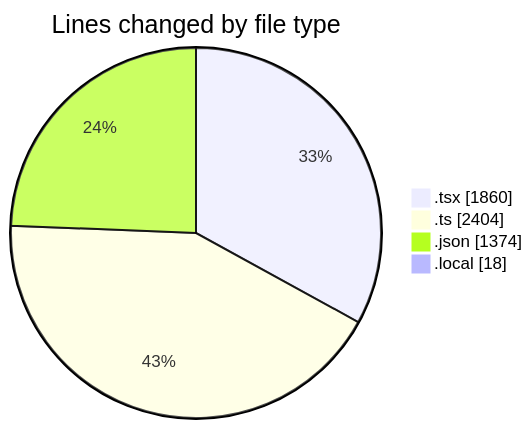
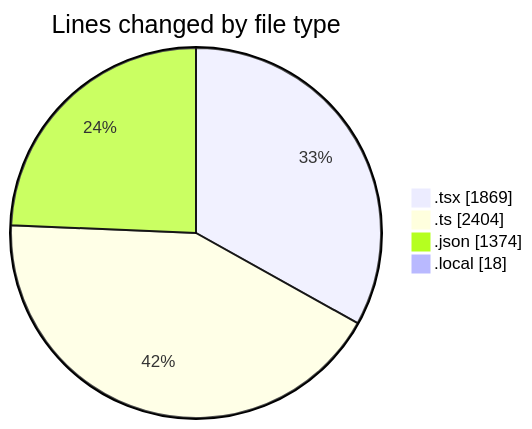
One commit to julien-gomy/code-tracking changed the first of 2 diagrams in 2025-10-16/eventscop-frontend-guide__workspace_/README.md. Above: the diagram before and after it, drawn with Mermaid. The commit also changed other lines of this file and 1 other file, not shown here.

````diff
--- a/2025-10-16/eventscop-frontend-guide__workspace_/README.md
+++ b/2025-10-16/eventscop-frontend-guide__workspace_/README.md
@@ -53,8 +53,8 @@
 ```mermaid
 pie showData
 title Lines changed by file type
-".tsx" : 1860
+".tsx" : 1869
 ".ts" : 2404
 ".json" : 1374
 ".local" : 18
 ```
````
